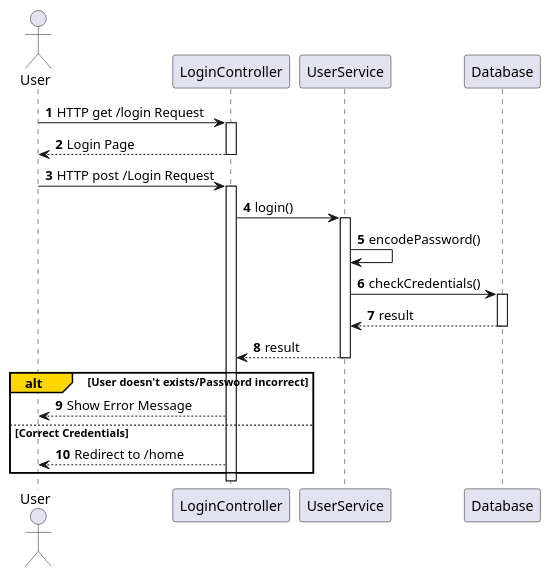
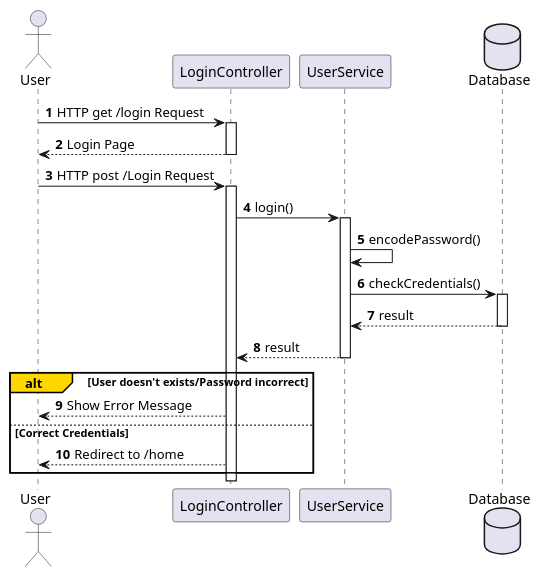
Before and after one commit to ikolton/MOproject: the diagram in Login Sequence Diagram.puml, drawn with PlantUML. The commit also changed 7 other files, not shown here.

Commit message:
other sequences

```diff
--- a/Login Sequence Diagram.puml
+++ b/Login Sequence Diagram.puml
@@ -1,33 +1,33 @@
 @startuml Login Sequence Diagram
 
 autonumber
 
 actor User as U
 participant "LoginController" as LC
 participant UserService as US
-participant Database as DB
+database Database as DB
 
 U -> LC: HTTP get /login Request
 activate LC
 LC --> U: Login Page
 deactivate LC
 U -> LC: HTTP post /Login Request
 activate LC
 LC -> US: login()
     activate US
     US -> US: encodePassword()
     US -> DB: checkCredentials()
     activate DB
     DB --> US: result
     deactivate DB
     US --> LC: result
     deactivate US
 
 alt#gold User doesn't exists/Password incorrect
     LC --> U: Show Error Message
 else Correct Credentials
 
     LC --> U: Redirect to /home
 end
 
 @enduml
```
